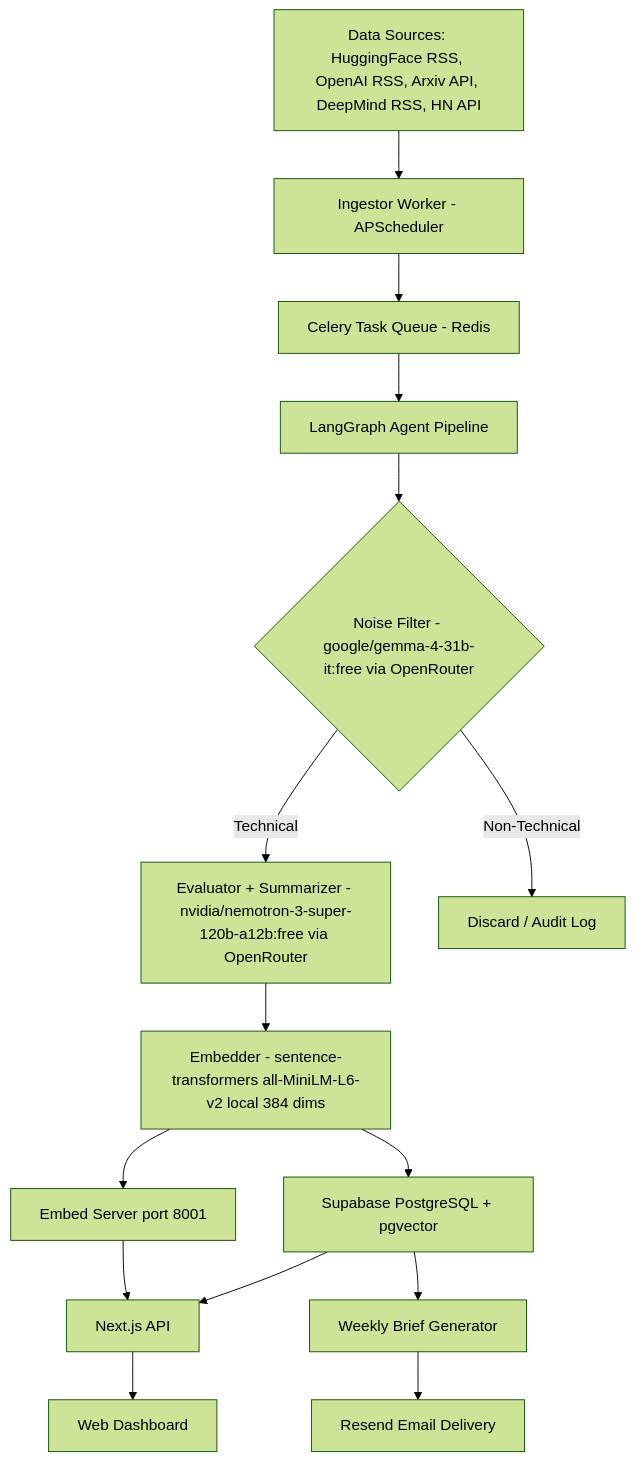
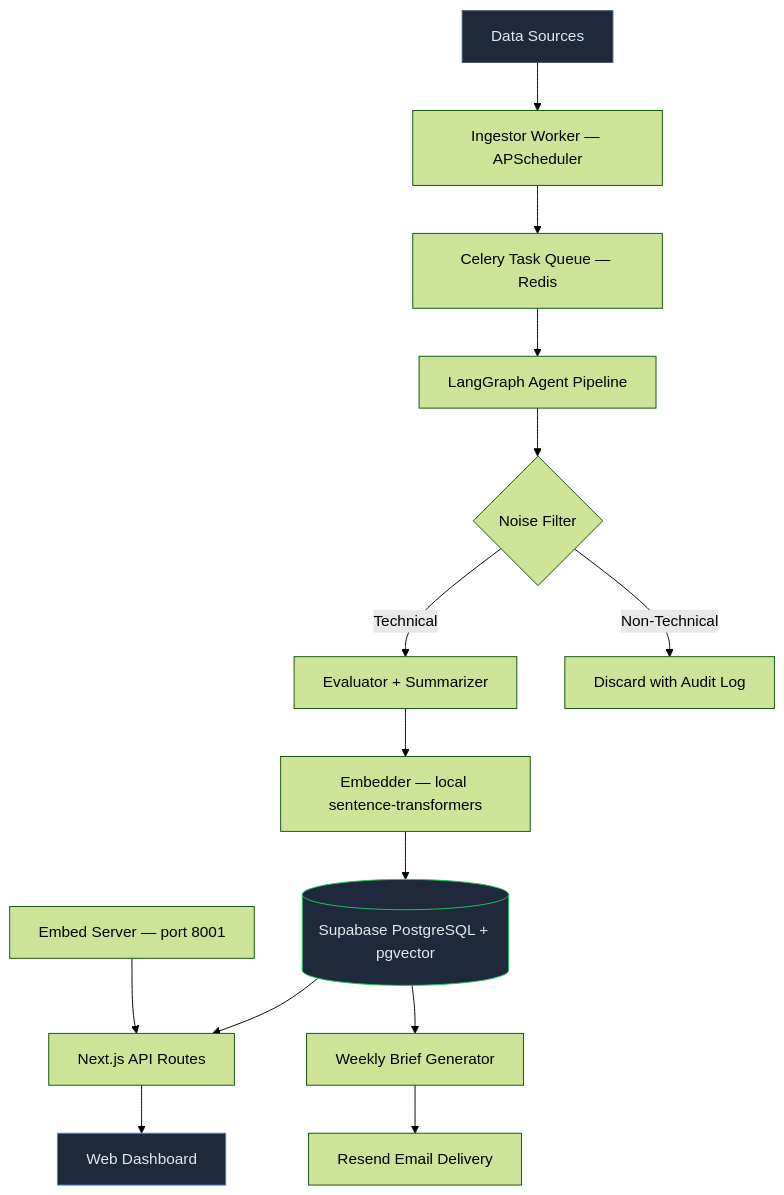
The first of 2 diagrams in ARCHITECTURE.md (bescamilla-applaudo/ai-news-solution), drawn with Mermaid (forest theme) before and after one commit. The commit also changed other lines of this file and 30 other files, not shown here.

````diff
--- a/ARCHITECTURE.md
+++ b/ARCHITECTURE.md
@@ -9,17 +13,20 @@
 ```mermaid
 graph TD
-    A[Data Sources: HuggingFace RSS, OpenAI RSS, Arxiv API, DeepMind RSS, HN API] --> B[Ingestor Worker - APScheduler]
-    B --> C[Celery Task Queue - Redis]
+    A[Data Sources] --> B[Ingestor Worker — APScheduler]
+    B --> C[Celery Task Queue — Redis]
     C --> D[LangGraph Agent Pipeline]
-    D --> E{Noise Filter - google/gemma-4-31b-it:free via OpenRouter}
-    E -- Technical --> F[Evaluator + Summarizer - nvidia/nemotron-3-super-120b-a12b:free via OpenRouter]
-    E -- Non-Technical --> G[Discard / Audit Log]
-    F --> H[Embedder - sentence-transformers all-MiniLM-L6-v2 local 384 dims]
-    H --> I[Supabase PostgreSQL + pgvector]
-    I --> J[Next.js API]
+    D --> E{Noise Filter}
+    E -- Technical --> F[Evaluator + Summarizer]
+    E -- Non-Technical --> G[Discard with Audit Log]
+    F --> H[Embedder — local sentence-transformers]
+    H --> I[(Supabase PostgreSQL + pgvector)]
+    I --> J[Next.js API Routes]
     J --> K[Web Dashboard]
     I --> L[Weekly Brief Generator]
     L --> M[Resend Email Delivery]
-    N[Embed Server port 8001] --> J
-    H --> N
+    N[Embed Server — port 8001] --> J
+
+    style A fill:#1e293b,stroke:#475569,color:#e2e8f0
+    style I fill:#1e293b,stroke:#22c55e,color:#e2e8f0
+    style K fill:#1e293b,stroke:#3b82f6,color:#e2e8f0
 ```
````
